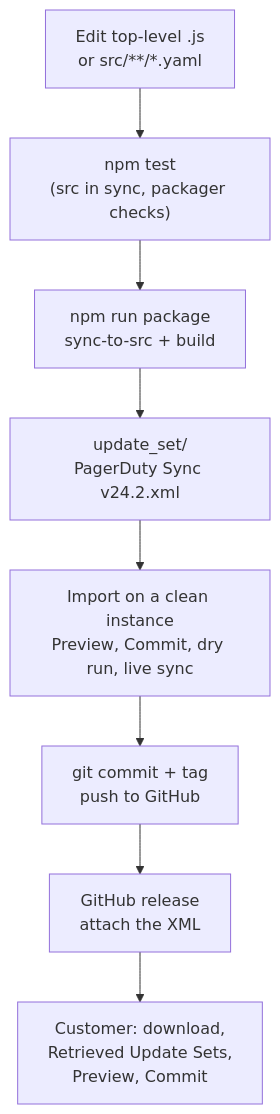
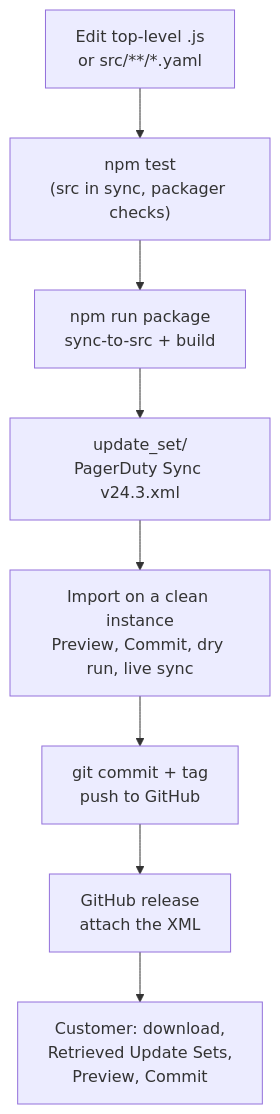
Before and after one commit to martindstone/snow-rota-sync: the fifth of 5 diagrams in README.md, drawn with Mermaid. The commit also changed other lines of this file and 4 other files, not shown here.

````diff
--- a/README.md
+++ b/README.md
@@ -321,10 +325,10 @@
 ```mermaid
 flowchart TB
   A["Edit top-level .js<br/>or src/**/*.yaml"] --> B["npm test<br/>(src in sync, packager checks)"]
   B --> C["npm run package<br/>sync-to-src + build"]
-  C --> D["update_set/<br/>PagerDuty Sync v24.2.xml"]
+  C --> D["update_set/<br/>PagerDuty Sync v24.3.xml"]
   D --> E["Import on a clean instance<br/>Preview, Commit, dry run, live sync"]
   E --> F["git commit + tag<br/>push to GitHub"]
   F --> G["GitHub release<br/>attach the XML"]
   G --> H["Customer: download,<br/>Retrieved Update Sets,<br/>Preview, Commit"]
 ```
````
